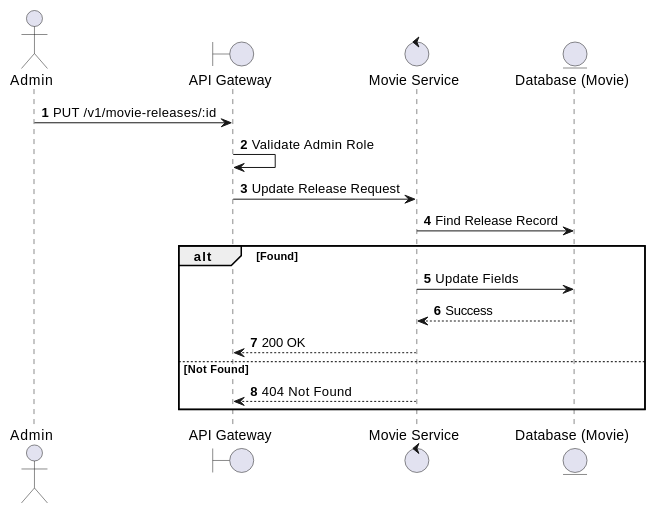
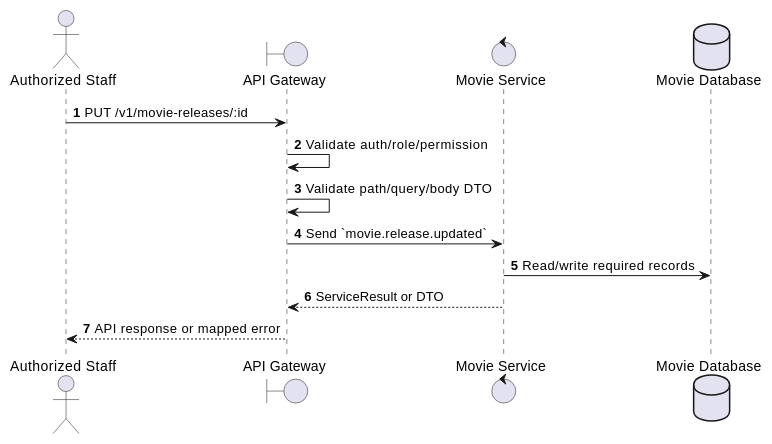
One commit to Tanh1603/movie-hub-architecture changed the first of 2 diagrams in docs/functional_specs/3.3.2_Movie_Releases/MR-02_Update_Movie_Release.md. Above: the diagram before and after it, drawn with PlantUML. The commit also changed other lines of this file and 126 other files, not shown here.

````diff
--- a/docs/functional_specs/3.3.2_Movie_Releases/MR-02_Update_Movie_Release.md
+++ b/docs/functional_specs/3.3.2_Movie_Releases/MR-02_Update_Movie_Release.md
@@ -17,21 +17,17 @@
 ```plantuml
 @startuml
 autonumber
-actor Admin
+actor "Authorized Staff" as Actor
 boundary "API Gateway" as GW
-control "Movie Service" as MS
-entity "Database (Movie)" as DB
+control "Movie Service" as SVC
+database "Movie Database" as DB
 
-Admin -> GW: PUT /v1/movie-releases/:id
-GW -> GW: Validate Admin Role
-GW -> MS: Update Release Request
-MS -> DB: Find Release Record
-alt Found
-    MS -> DB: Update Fields
-    DB --> MS: Success
-    MS --> GW: 200 OK
-else Not Found
-    MS --> GW: 404 Not Found
-end
+Actor -> GW: PUT /v1/movie-releases/:id
+GW -> GW: Validate auth/role/permission
+GW -> GW: Validate path/query/body DTO
+GW -> SVC: Send `movie.release.updated`
+SVC -> DB: Read/write required records
+SVC --> GW: ServiceResult or DTO
+GW --> Actor: API response or mapped error
 @enduml
 ```
````
